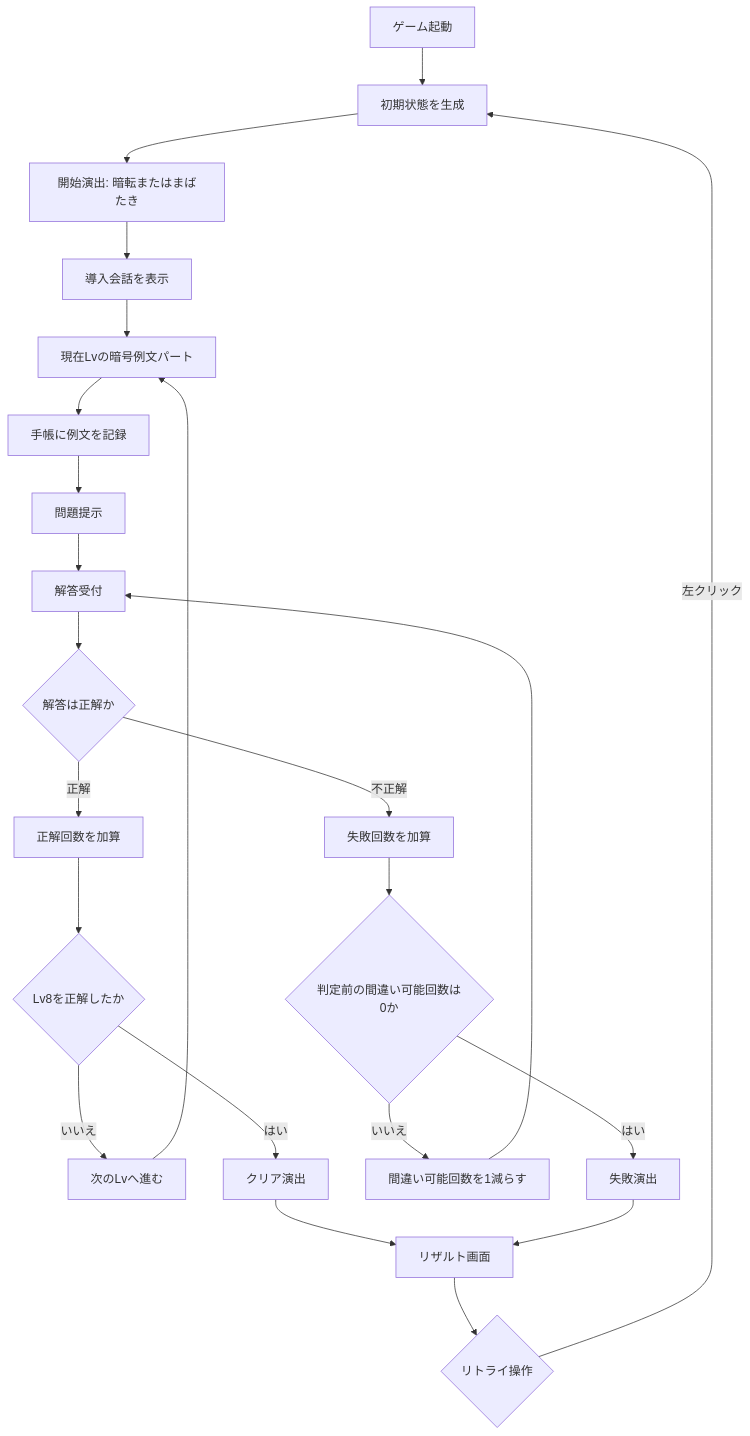
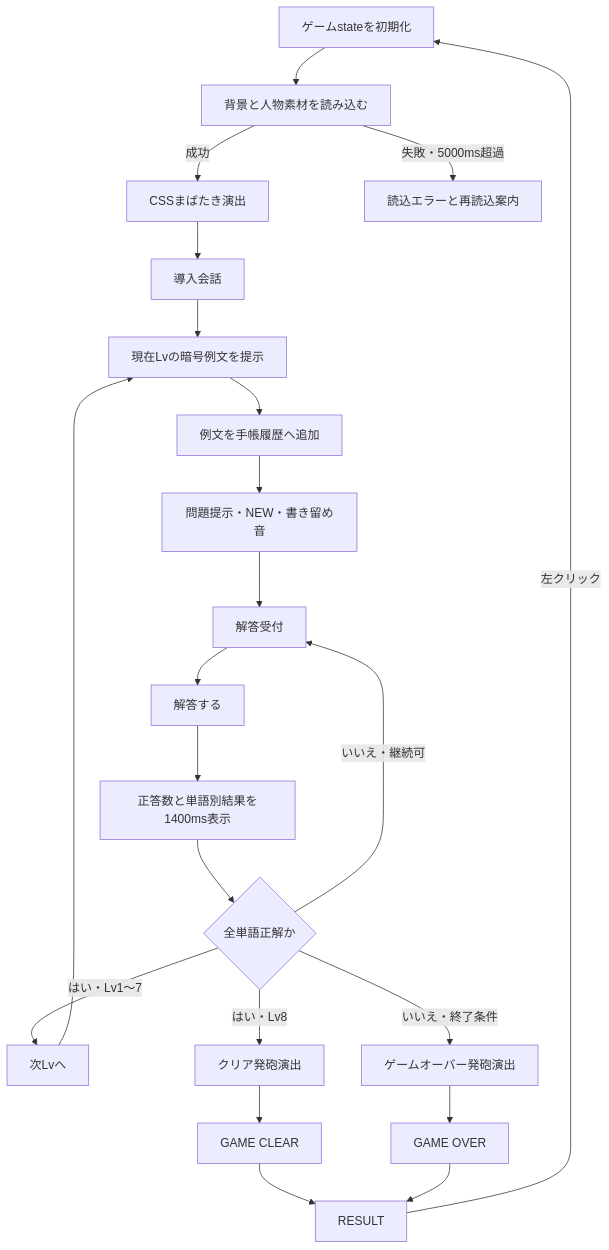
Before and after one commit to lycanthr0pes/language-deciphering-game: the first of 13 diagrams in docs/project-flow.md, drawn with Mermaid. The commit also changed other lines of this file and 12 other files, not shown here.

````diff
--- a/docs/project-flow.md
+++ b/docs/project-flow.md
@@ -25,25 +20,24 @@
 ```mermaid
 flowchart TD
-    A[ゲーム起動] --> B[初期状態を生成]
-    B --> C[開始演出: 暗転またはまばたき]
-    C --> D[導入会話を表示]
-    D --> E[現在Lvの暗号例文パート]
-    E --> F[手帳に例文を記録]
-    F --> G[問題提示]
+    A[ゲームstateを初期化] --> B[背景と人物素材を読み込む]
+    B -->|成功| C[CSSまばたき演出]
+    B -->|失敗・5000ms超過| X[読込エラーと再読込案内]
+    C --> D[導入会話]
+    D --> E[現在Lvの暗号例文を提示]
+    E --> F[例文を手帳履歴へ追加]
+    F --> G[問題提示・NEW・書き留め音]
     G --> H[解答受付]
-    H --> I{解答は正解か}
-    I -->|正解| J[正解回数を加算]
-    J --> K{Lv8を正解したか}
-    K -->|いいえ| L[次のLvへ進む]
+    H --> I[解答する]
+    I --> J[正答数と単語別結果を1400ms表示]
+    J --> K{全単語正解か}
+    K -->|はい・Lv1〜7| L[次Lvへ]
     L --> E
-    K -->|はい| M[クリア演出]
-    M --> N[リザルト画面]
-    I -->|不正解| O[失敗回数を加算]
-    O --> P{判定前の間違い可能回数は0か}
-    P -->|いいえ| S[間違い可能回数を1減らす]
-    S --> H
-    P -->|はい| Q[失敗演出]
-    Q --> N
-    N --> R{リトライ操作}
-    R -->|左クリック| B
+    K -->|はい・Lv8| M[クリア発砲演出]
+    K -->|いいえ・継続可| H
+    K -->|いいえ・終了条件| N[ゲームオーバー発砲演出]
+    M --> O[GAME CLEAR]
+    N --> P[GAME OVER]
+    O --> Q[RESULT]
+    P --> Q
+    Q -->|左クリック| A
 ```
````
